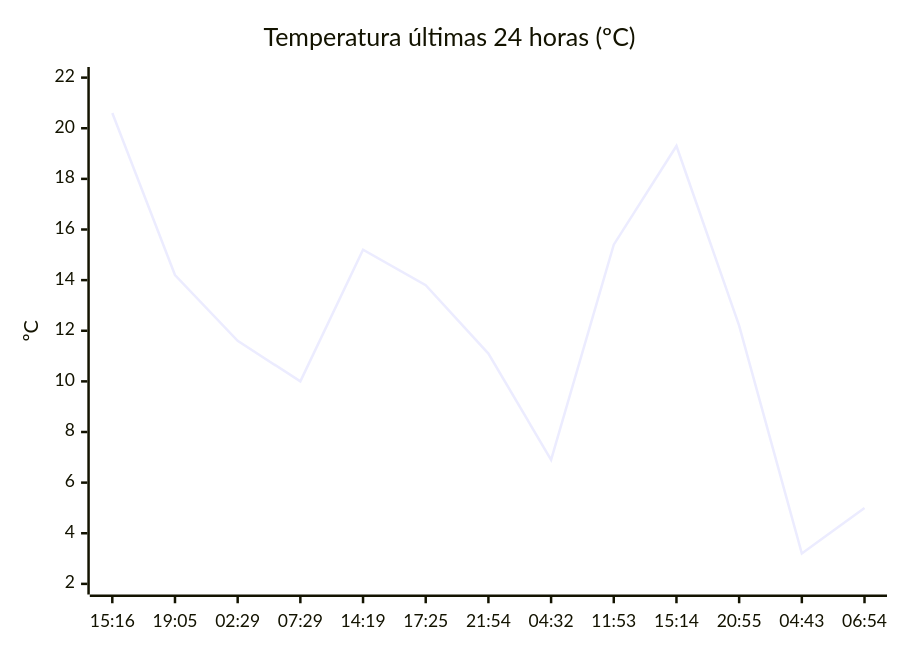
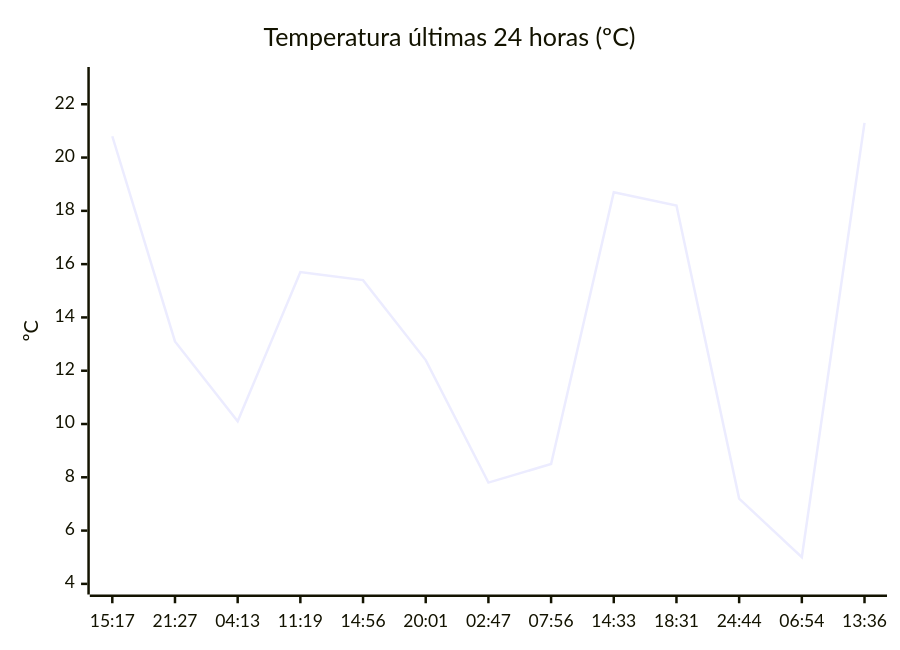
Before and after one commit to solidsnk86/rem-scrap: the diagram in README.md, drawn with Mermaid. The commit also changed other lines of this file, not shown here.

````diff
--- a/README.md
+++ b/README.md
@@ -28,7 +28,7 @@
 ```mermaid
 xychart-beta
     title "Temperatura últimas 24 horas (ºC)"
-    x-axis ["15:16", "19:05", "02:29", "07:29", "14:19", "17:25", "21:54", "04:32", "11:53", "15:14", "20:55", "04:43", "06:54"]
-    y-axis "ºC" 2 --> 22
-    line [20.6, 14.2, 11.6, 10, 15.2, 13.8, 11.1, 6.9, 15.4, 19.3, 12.2, 3.2, 5]
+    x-axis ["15:17", "21:27", "04:13", "11:19", "14:56", "20:01", "02:47", "07:56", "14:33", "18:31", "24:44", "06:54", "13:36"]
+    y-axis "ºC" 4 --> 23
+    line [20.8, 13.1, 10.1, 15.7, 15.4, 12.4, 7.8, 8.5, 18.7, 18.2, 7.2, 5, 21.3]
 ```
````
